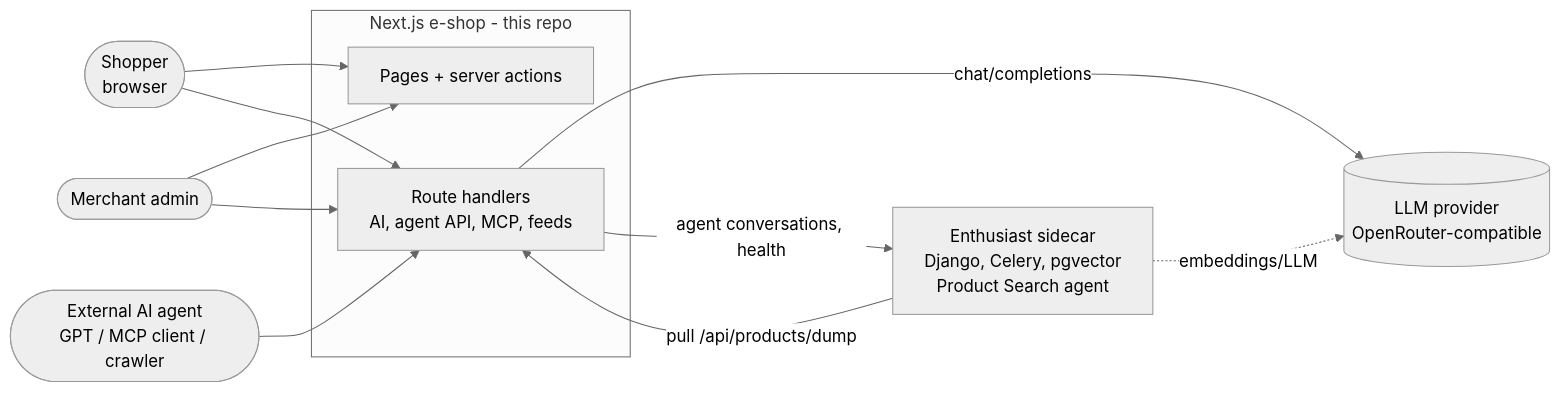
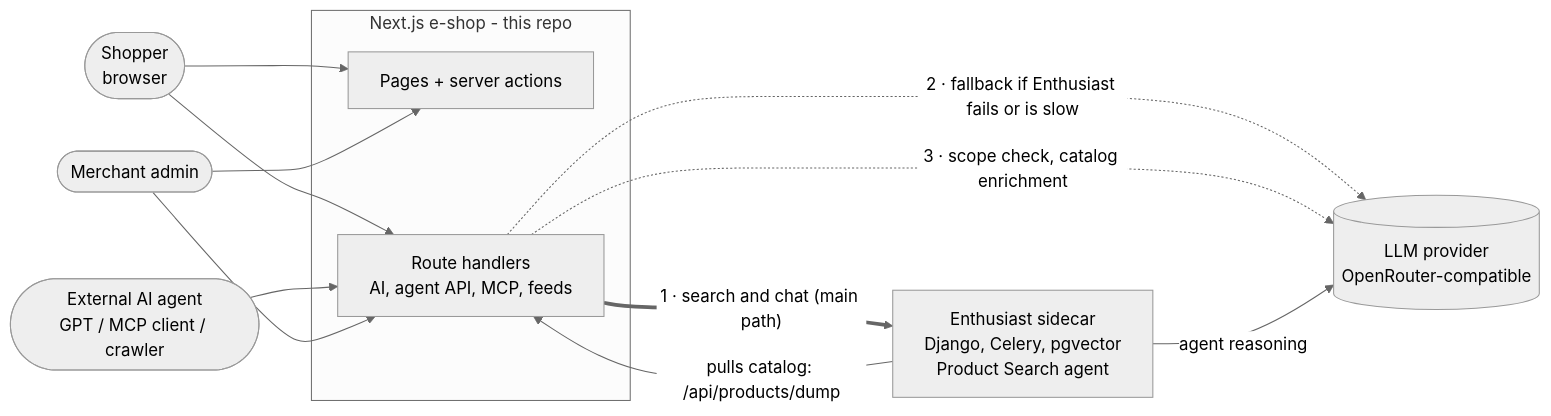
The first of 6 diagrams in agenticommerce/03-system-architecture.md (lorenzogirardi/demo-app-eshop-jsonld), drawn with Mermaid (neutral theme) before and after one commit. The commit also changed other lines of this file and 15 other files, not shown here.

First line of the commit message:
fix: shopping-only scope guard, long chat history, sidecar health checks

````diff
--- a/agenticommerce/03-system-architecture.md
+++ b/agenticommerce/03-system-architecture.md
@@ -43,21 +43,22 @@
 ```mermaid
 flowchart LR
   Shopper([Shopper<br/>browser])
   Agent([External AI agent<br/>GPT / MCP client / crawler])
   Admin([Merchant admin])
   subgraph Shop[Next.js e-shop - this repo]
     Web[Pages + server actions]
     API[Route handlers<br/>AI, agent API, MCP, feeds]
   end
   LLM[(LLM provider<br/>OpenRouter-compatible)]
   ENT[Enthusiast sidecar<br/>Django, Celery, pgvector<br/>Product Search agent]
   Shopper --> Web
   Shopper --> API
   Agent --> API
   Admin --> Web
   Admin --> API
-  API -- chat/completions --> LLM
-  API -- agent conversations, health --> ENT
-  ENT -- pull /api/products/dump --> API
-  ENT -. embeddings/LLM .-> LLM
+  API == "1 · search and chat (main path)" ==> ENT
+  API -. "2 · fallback if Enthusiast fails or is slow" .-> LLM
+  API -. "3 · scope check, catalog enrichment" .-> LLM
+  ENT -- "agent reasoning" --> LLM
+  ENT -- "pulls catalog: /api/products/dump" --> API
 ```
````
